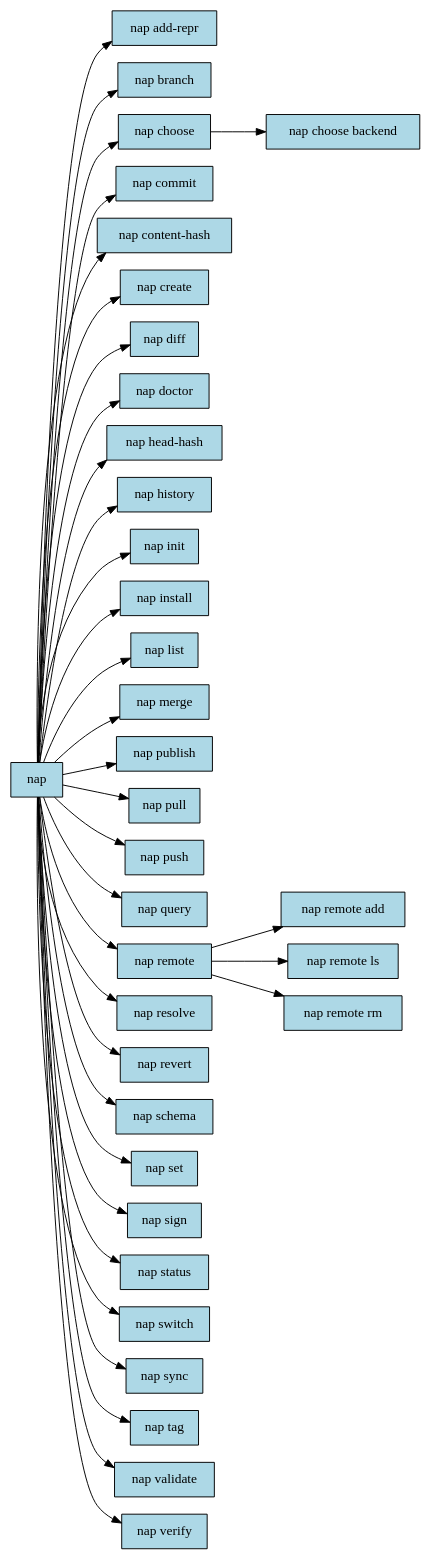
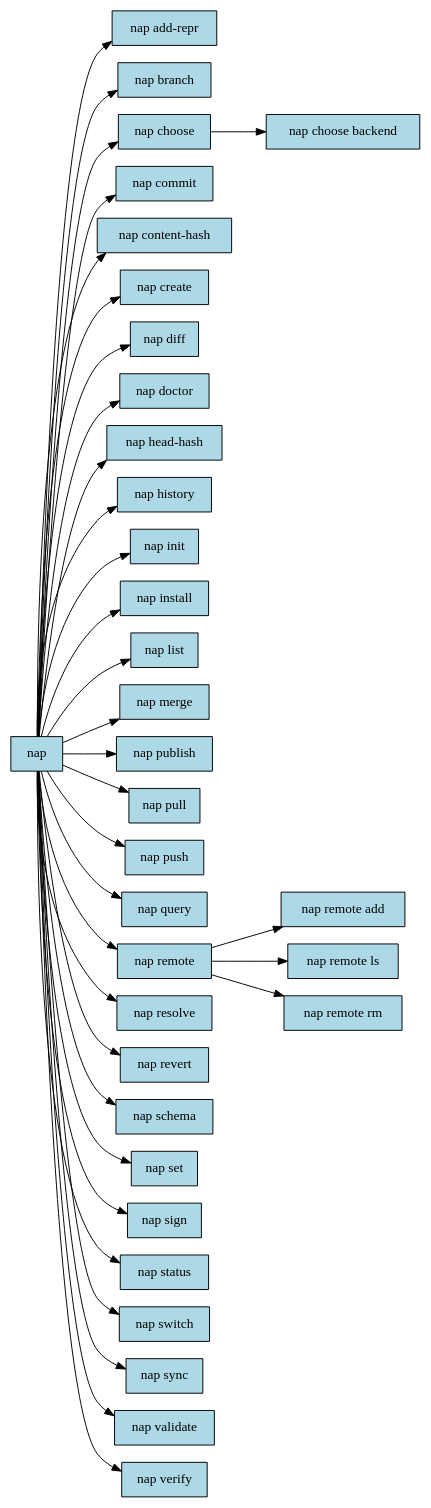
One commit to portalshq/narrativeengine changed the diagram in docs/generated/commands.dot. Above: the diagram before and after it, drawn with Graphviz. The commit also changed 78 other files, not shown here.

```diff
--- a/docs/generated/commands.dot
+++ b/docs/generated/commands.dot
@@ -1,73 +1,71 @@
 digraph nap_commands {
     rankdir=LR;
     node [shape=box, style=filled, fillcolor=lightblue];
     
     "add-repr" [label="nap add-repr"];
     "nap" -> "add-repr";
     "branch" [label="nap branch"];
     "nap" -> "branch";
     "choose" [label="nap choose"];
     "nap" -> "choose";
     "choose_backend" [label="nap choose backend"];
     "choose" -> "choose_backend";
     "commit" [label="nap commit"];
     "nap" -> "commit";
     "content-hash" [label="nap content-hash"];
     "nap" -> "content-hash";
     "create" [label="nap create"];
     "nap" -> "create";
     "diff" [label="nap diff"];
     "nap" -> "diff";
     "doctor" [label="nap doctor"];
     "nap" -> "doctor";
     "head-hash" [label="nap head-hash"];
     "nap" -> "head-hash";
     "history" [label="nap history"];
     "nap" -> "history";
     "init" [label="nap init"];
     "nap" -> "init";
     "install" [label="nap install"];
     "nap" -> "install";
     "list" [label="nap list"];
     "nap" -> "list";
     "merge" [label="nap merge"];
     "nap" -> "merge";
     "publish" [label="nap publish"];
     "nap" -> "publish";
     "pull" [label="nap pull"];
     "nap" -> "pull";
     "push" [label="nap push"];
     "nap" -> "push";
     "query" [label="nap query"];
     "nap" -> "query";
     "remote" [label="nap remote"];
     "nap" -> "remote";
     "remote_add" [label="nap remote add"];
     "remote" -> "remote_add";
     "remote_ls" [label="nap remote ls"];
     "remote" -> "remote_ls";
     "remote_rm" [label="nap remote rm"];
     "remote" -> "remote_rm";
     "resolve" [label="nap resolve"];
     "nap" -> "resolve";
     "revert" [label="nap revert"];
     "nap" -> "revert";
     "schema" [label="nap schema"];
     "nap" -> "schema";
     "set" [label="nap set"];
     "nap" -> "set";
     "sign" [label="nap sign"];
     "nap" -> "sign";
     "status" [label="nap status"];
     "nap" -> "status";
     "switch" [label="nap switch"];
     "nap" -> "switch";
     "sync" [label="nap sync"];
     "nap" -> "sync";
-    "tag" [label="nap tag"];
-    "nap" -> "tag";
     "validate" [label="nap validate"];
     "nap" -> "validate";
     "verify" [label="nap verify"];
     "nap" -> "verify";
 }
```
